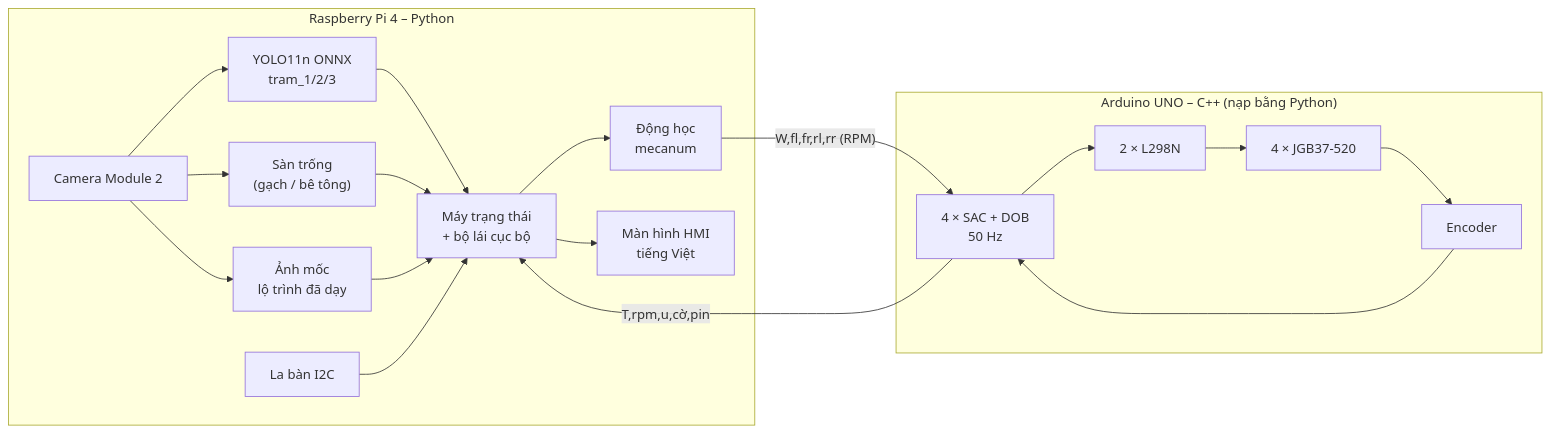
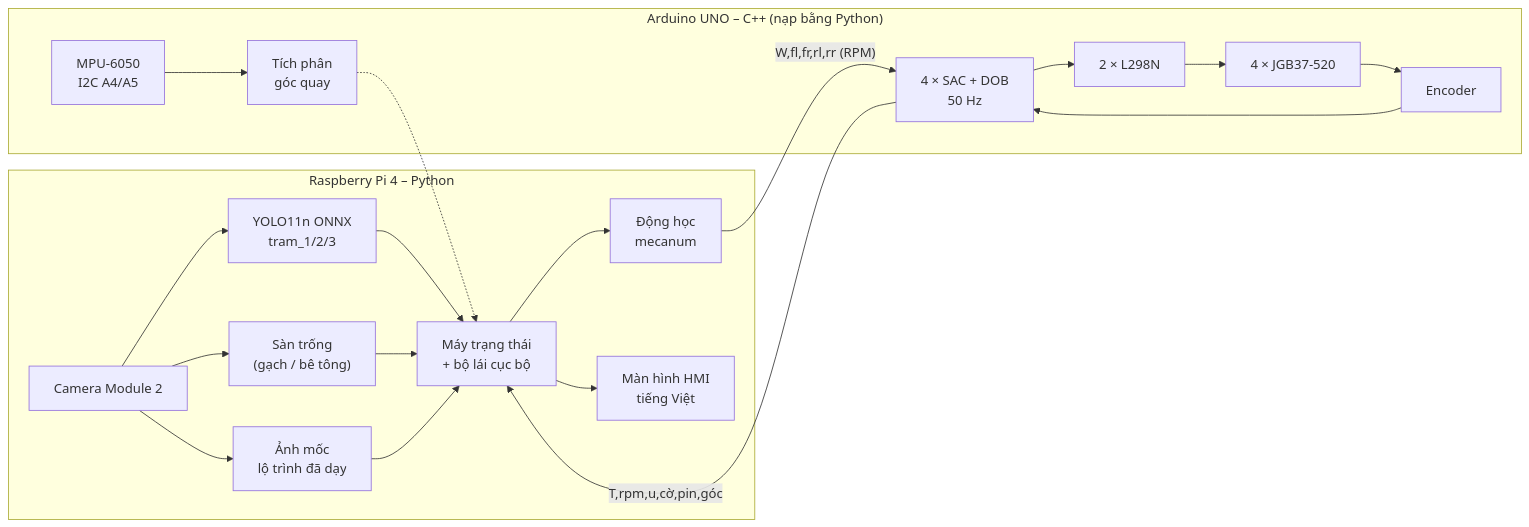
The diagram in robot_xuong_may/README.md (mrphamdinhtruong-lgtm/trungthu), drawn with Mermaid before and after one commit. The commit also changed other lines of this file and 27 other files, not shown here.

First line of the commit message:
Con quay MPU-6050 nối Arduino (I2C A4/A5): đo góc quay, gửi kèm telemetry

````diff
--- a/robot_xuong_may/README.md
+++ b/robot_xuong_may/README.md
@@ -48,18 +48,19 @@
 ```mermaid
 flowchart LR
     subgraph PI["Raspberry Pi 4 – Python"]
         CAM["Camera Module 2"] --> YOLO["YOLO11n ONNX<br/>tram_1/2/3"]
         CAM --> FLOOR["Sàn trống<br/>(gạch / bê tông)"]
         CAM --> ROUTE["Ảnh mốc<br/>lộ trình đã dạy"]
         YOLO & FLOOR & ROUTE --> MIS["Máy trạng thái<br/>+ bộ lái cục bộ"]
-        CMP["La bàn I2C"] --> MIS
         MIS --> KIN["Động học<br/>mecanum"]
         MIS --> HMI["Màn hình HMI<br/>tiếng Việt"]
     end
     subgraph ARD["Arduino UNO – C++ (nạp bằng Python)"]
         SAC["4 × SAC + DOB<br/>50 Hz"] --> L298["2 × L298N"] --> MOT["4 × JGB37-520"]
         MOT --> ENC["Encoder"] --> SAC
+        IMU["MPU-6050<br/>I2C A4/A5"] --> YAW["Tích phân<br/>góc quay"]
     end
     KIN -- "W,fl,fr,rl,rr (RPM)" --> SAC
-    SAC -- "T,rpm,u,cờ,pin" --> MIS
+    SAC -- "T,rpm,u,cờ,pin,góc" --> MIS
+    YAW -.-> MIS
 ```
````
